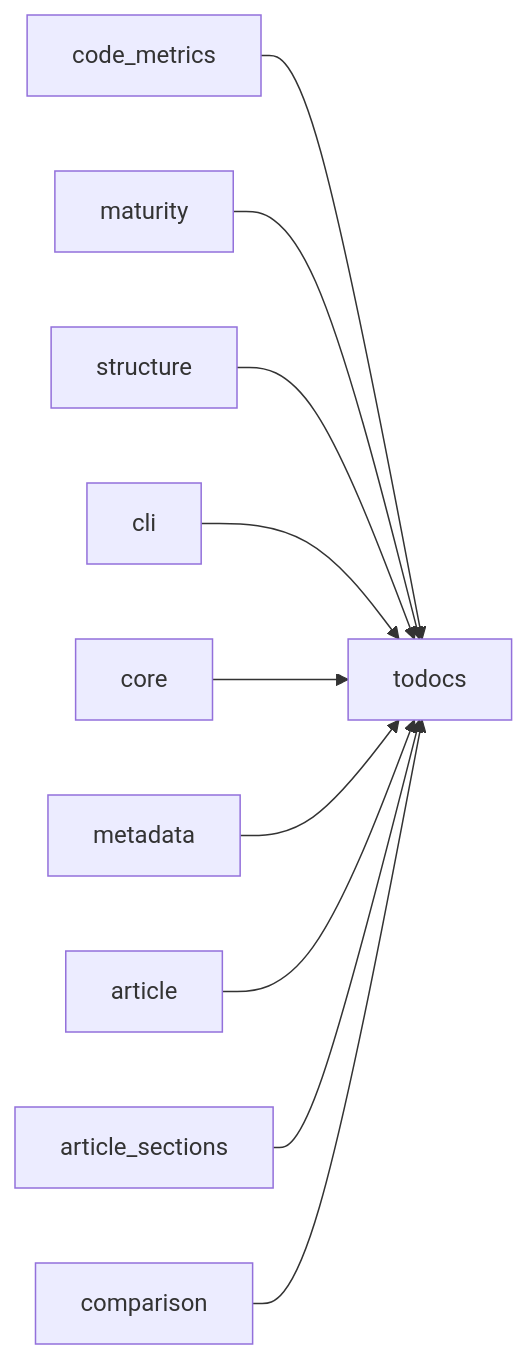
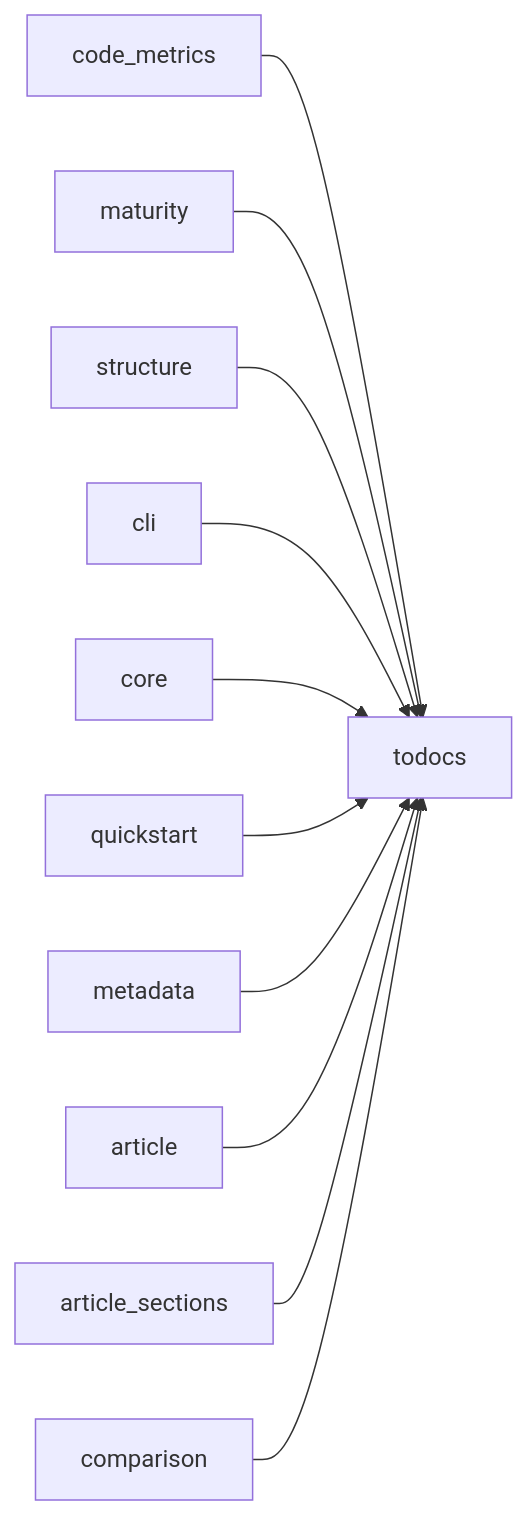
Before and after one commit to wronai/todocs: the diagram in docs/dependency-graph.md, drawn with Mermaid. The commit also changed other lines of this file and 37 other files, not shown here.

````diff
--- a/docs/dependency-graph.md
+++ b/docs/dependency-graph.md
@@ -7,12 +7,13 @@
 ```mermaid
 graph LR
     code_metrics --> todocs
     maturity --> todocs
     structure --> todocs
     cli --> todocs
     core --> todocs
+    quickstart --> todocs
     metadata --> todocs
     article --> todocs
     article_sections --> todocs
     comparison --> todocs
 ```
````
